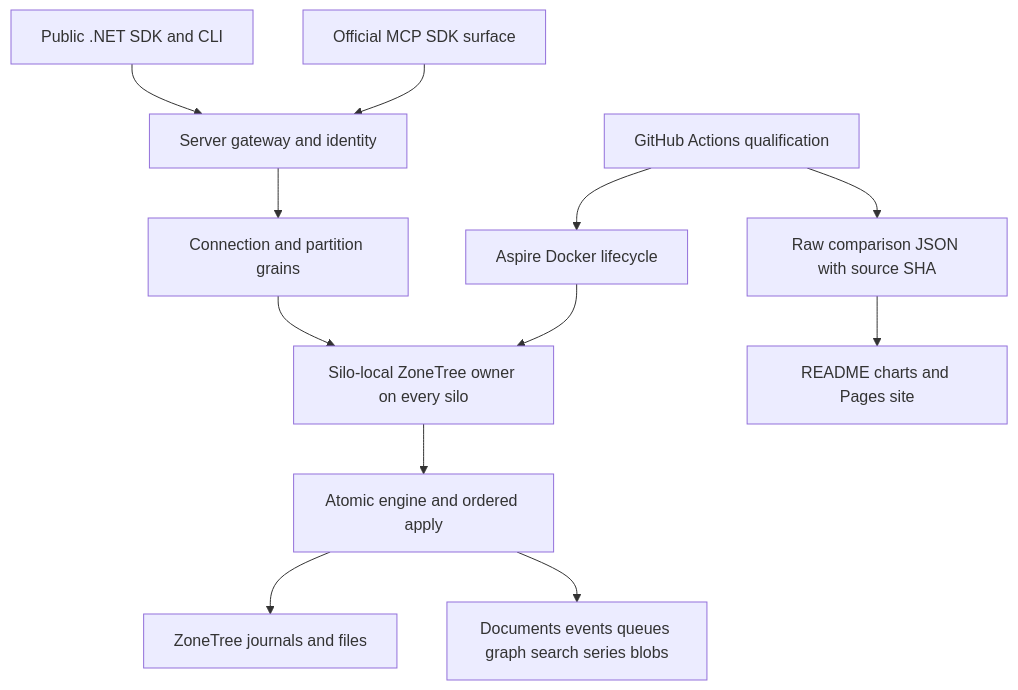
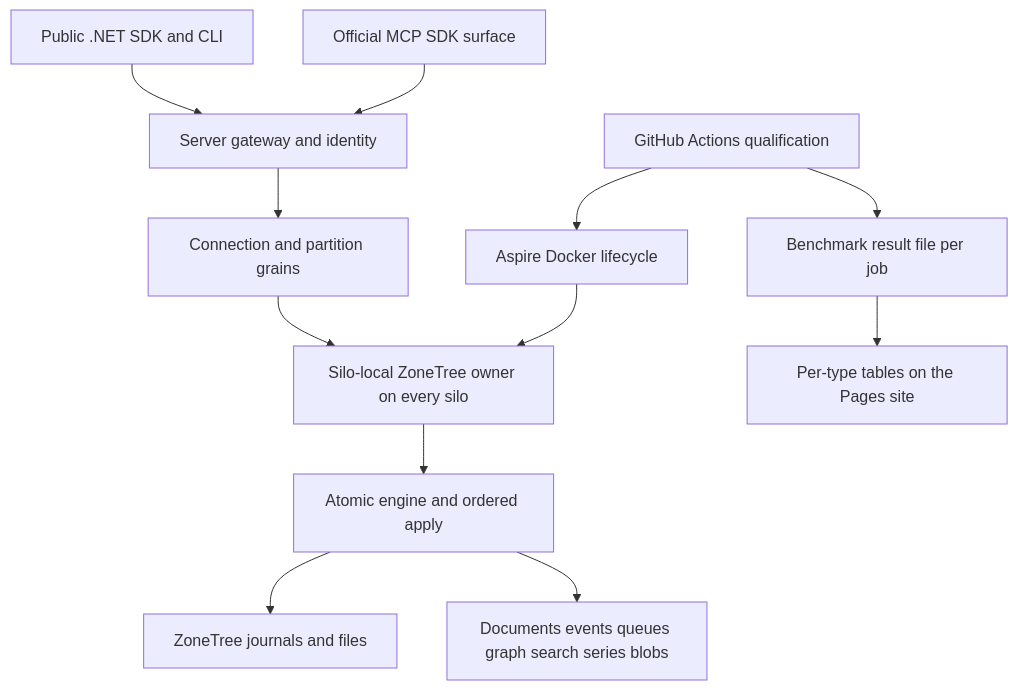
Before and after one commit to managedcode/KeyLoad: the fourth of 26 diagrams in docs/Architecture.md, drawn with Mermaid. The commit also changed other lines of this file and 1064 other files, not shown here.

````diff
--- a/docs/Architecture.md
+++ b/docs/Architecture.md
@@ -241,14 +239,14 @@
 ```mermaid
 flowchart TB
     SDK[Public .NET SDK and CLI] --> Server[Server gateway and identity]
     MCP[Official MCP SDK surface] --> Server
     Server --> Orleans[Connection and partition grains]
     Orleans --> Owners[Silo-local ZoneTree owner on every silo]
     Owners --> Core[Atomic engine and ordered apply]
     Core --> Storage[ZoneTree journals and files]
     Core --> Models[Documents events queues graph search series blobs]
     Aspire[Aspire Docker lifecycle] --> Owners
     CI[GitHub Actions qualification] --> Aspire
-    CI --> JSON[Raw comparison JSON with source SHA]
-    JSON --> Site[README charts and Pages site]
+    CI --> JSON[Benchmark result file per job]
+    JSON --> Site[Per-type tables on the Pages site]
 ```
````
